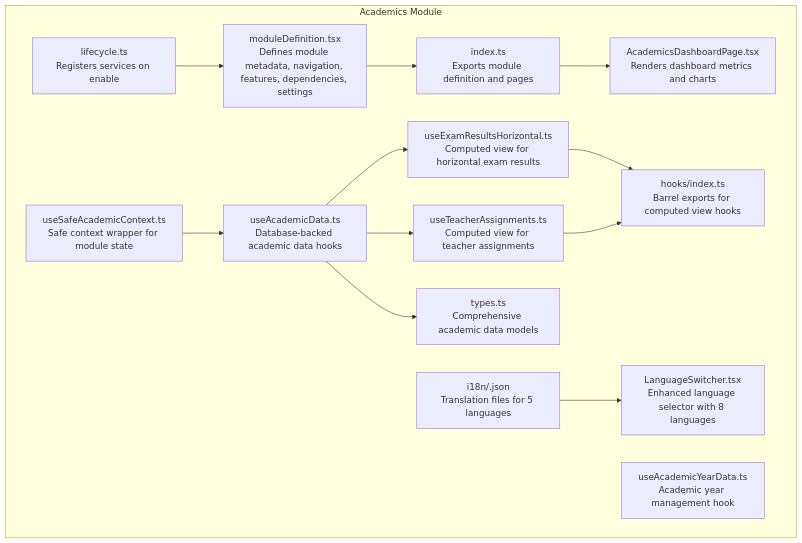
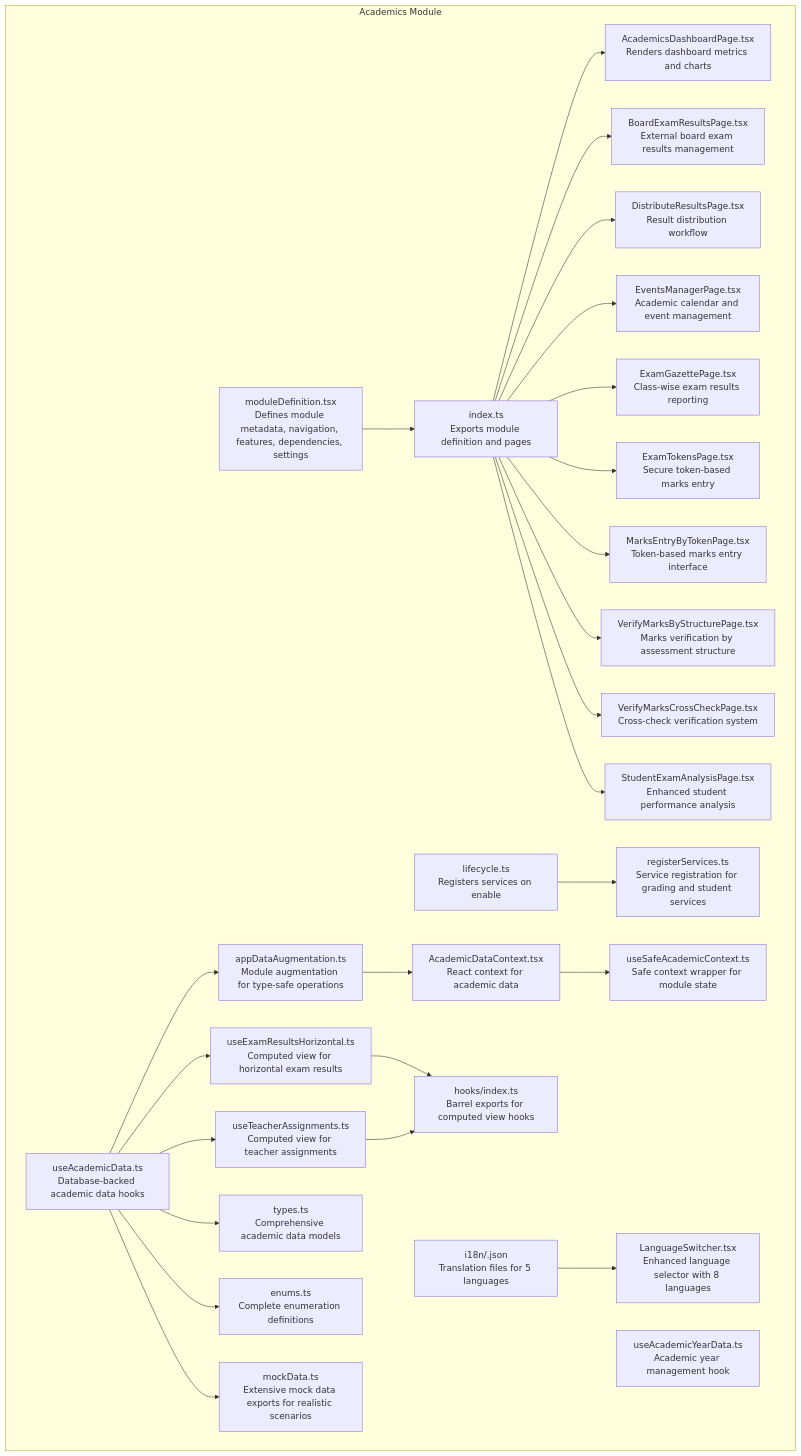
One commit to geniusdynamics/schoolpilot changed the first of 8 diagrams in .qoder/repowiki/en/content/Modules System/Academics Module.md. Above: the diagram before and after it, drawn with Mermaid. The commit also changed other lines of this file and 54 other files, not shown here.

````diff
--- a/.qoder/repowiki/en/content/Modules System/Academics Module.md
+++ b/.qoder/repowiki/en/content/Modules System/Academics Module.md
@@ -62,28 +94,55 @@
 ```mermaid
 graph TB
 subgraph "Academics Module"
 MD["moduleDefinition.tsx<br/>Defines module metadata, navigation, features, dependencies, settings"]
 IDX["index.ts<br/>Exports module definition and pages"]
 LC["lifecycle.ts<br/>Registers services on enable"]
 DP["AcademicsDashboardPage.tsx<br/>Renders dashboard metrics and charts"]
+BEP["BoardExamResultsPage.tsx<br/>External board exam results management"]
+DRP["DistributeResultsPage.tsx<br/>Result distribution workflow"]
+EMP["EventsManagerPage.tsx<br/>Academic calendar and event management"]
+EGP["ExamGazettePage.tsx<br/>Class-wise exam results reporting"]
+ETP["ExamTokensPage.tsx<br/>Secure token-based marks entry"]
+MEBP["MarksEntryByTokenPage.tsx<br/>Token-based marks entry interface"]
+VMBS["VerifyMarksByStructurePage.tsx<br/>Marks verification by assessment structure"]
+VMCC["VerifyMarksCrossCheckPage.tsx<br/>Cross-check verification system"]
+SEA["StudentExamAnalysisPage.tsx<br/>Enhanced student performance analysis"]
 DATA["useAcademicData.ts<br/>Database-backed academic data hooks"]
+AAUG["appDataAugmentation.ts<br/>Module augmentation for type-safe operations"]
+CONTEXT["AcademicDataContext.tsx<br/>React context for academic data"]
+SERVICES["registerServices.ts<br/>Service registration for grading and student services"]
 CVH["useExamResultsHorizontal.ts<br/>Computed view for horizontal exam results"]
 CTA["useTeacherAssignments.ts<br/>Computed view for teacher assignments"]
 HOOKS["hooks/index.ts<br/>Barrel exports for computed view hooks"]
 TYPES["types.ts<br/>Comprehensive academic data models"]
+ENUMS["enums.ts<br/>Complete enumeration definitions"]
 SAFE["useSafeAcademicContext.ts<br/>Safe context wrapper for module state"]
 AY["useAcademicYearData.ts<br/>Academic year management hook"]
+MOCK["mockData.ts<br/>Extensive mock data exports for realistic scenarios"]
 I18N["i18n/<locale>.json<br/>Translation files for 5 languages"]
 LS["LanguageSwitcher.tsx<br/>Enhanced language selector with 8 languages"]
 end
 MD --> IDX
 IDX --> DP
-LC --> MD
+IDX --> BEP
+IDX --> DRP
+IDX --> EMP
+IDX --> EGP
+IDX --> ETP
+IDX --> MEBP
+IDX --> VMBS
+IDX --> VMCC
+IDX --> SEA
+LC --> SERVICES
+DATA --> AAUG
 DATA --> CVH
 DATA --> CTA
 DATA --> TYPES
-SAFE --> DATA
+DATA --> ENUMS
+DATA --> MOCK
+AAUG --> CONTEXT
+CONTEXT --> SAFE
 CVH --> HOOKS
 CTA --> HOOKS
 I18N --> LS
 ```
````
